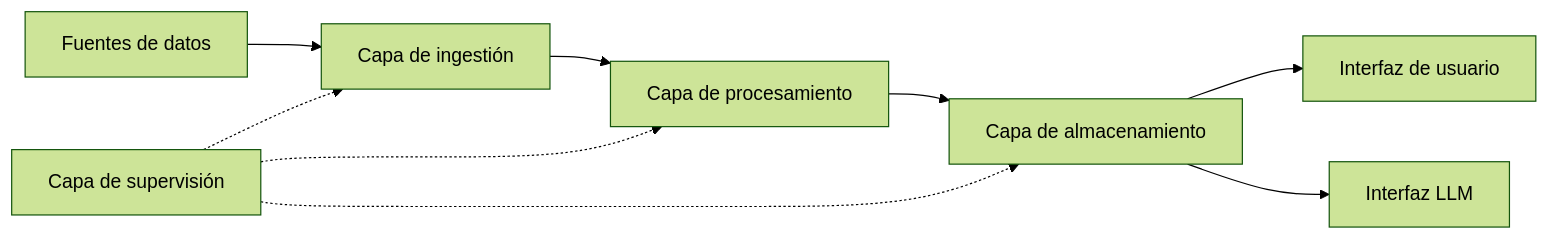
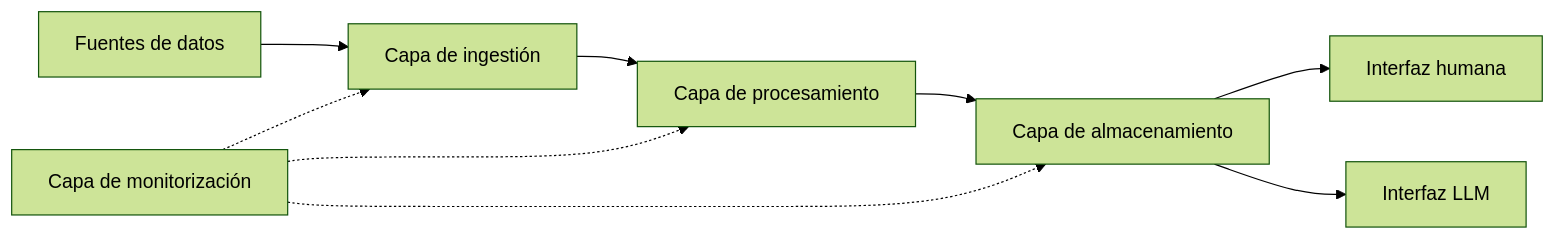
The second of 2 diagrams in src/data/pages/es/markdown.md (kafkiano/astrowind-i18n), drawn with Mermaid (forest theme) before and after one commit. The commit also changed other lines of this file and 5 other files, not shown here.

````diff
--- a/src/data/pages/es/markdown.md
+++ b/src/data/pages/es/markdown.md
@@ -448,11 +448,11 @@
 ```mermaid
 flowchart LR
     A[Fuentes de datos] --> B[Capa de ingestión]
     B --> C[Capa de procesamiento]
     C --> D[Capa de almacenamiento]
-    D --> E[Interfaz de usuario]
+    D --> E[Interfaz humana]
     D --> F[Interfaz LLM]
-    G[Capa de supervisión] -.-> B
+    G[Capa de monitorización] -.-> B
     G -.-> C
     G -.-> D
 ```
````
